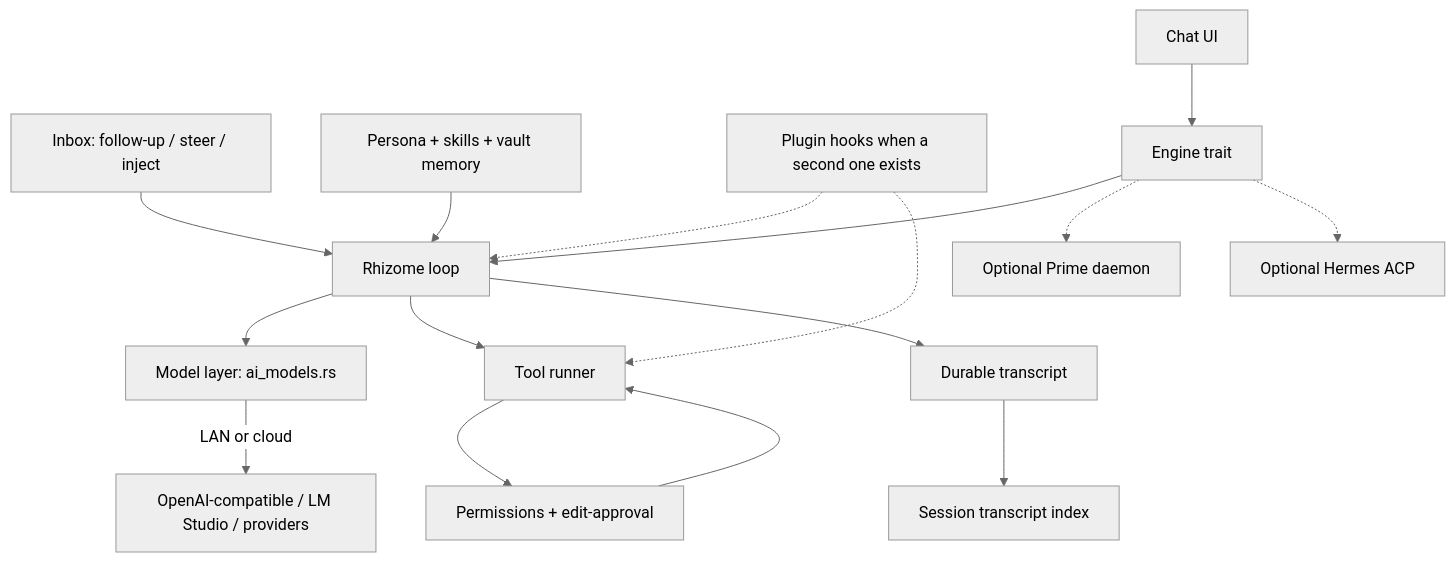
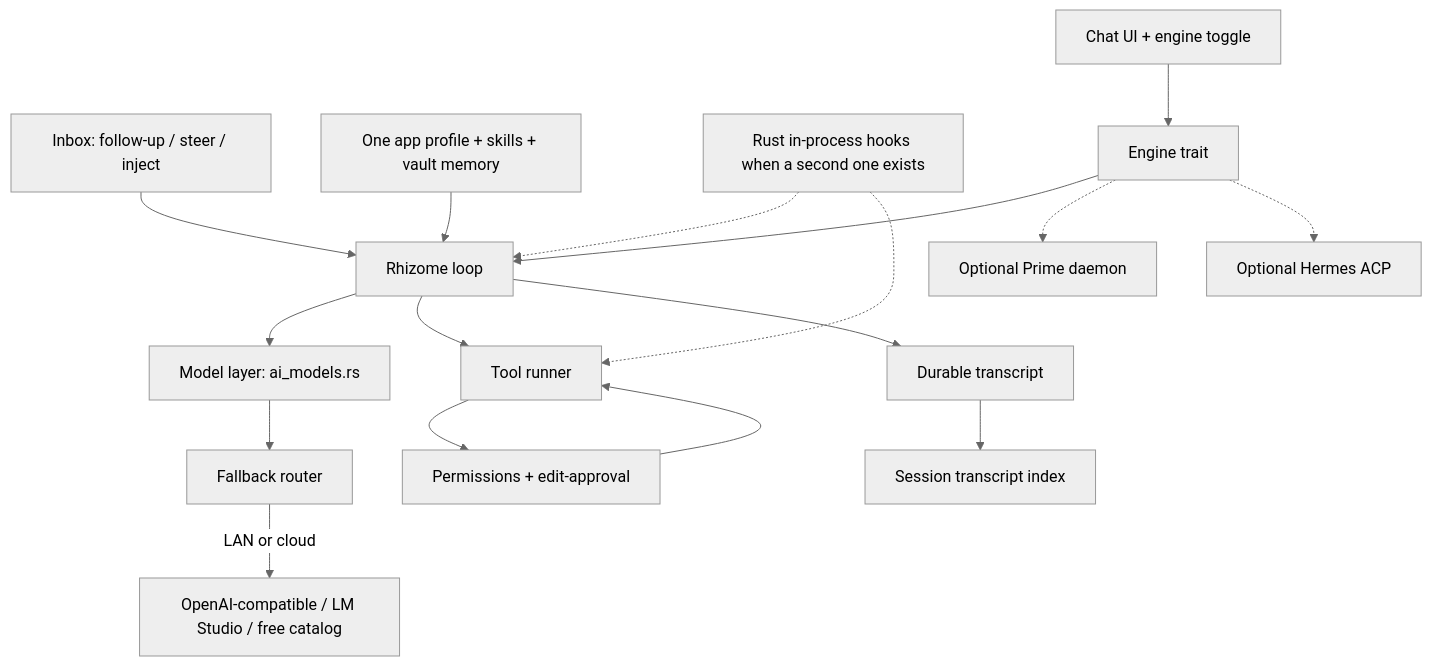
The diagram in docs/plans/2026-10-09-rhizome-harness-plan.md (tuckcode/rhizome-agent), drawn with Mermaid (neutral theme) before and after one commit. The commit also changed other lines of this file and 1 other file, not shown here.

````diff
--- a/docs/plans/2026-10-09-rhizome-harness-plan.md
+++ b/docs/plans/2026-10-09-rhizome-harness-plan.md
@@ -47,18 +51,19 @@
 ```mermaid
 flowchart TD
   inbox[Inbox: follow-up / steer / inject] --> turn[Rhizome loop]
-  persona[Persona + skills + vault memory] --> turn
+  persona[One app profile + skills + vault memory] --> turn
   turn --> model[Model layer: ai_models.rs]
-  model -->|LAN or cloud| llm[OpenAI-compatible / LM Studio / providers]
+  model --> route[Fallback router]
+  route -->|LAN or cloud| llm[OpenAI-compatible / LM Studio / free catalog]
   turn --> tools[Tool runner]
   tools --> policy[Permissions + edit-approval]
   policy --> tools
   turn --> log[Durable transcript]
   log --> index[Session transcript index]
-  plugin[Plugin hooks when a second one exists] -.-> turn
+  plugin[Rust in-process hooks when a second one exists] -.-> turn
   plugin -.-> tools
-  chat[Chat UI] --> engine[Engine trait]
+  chat[Chat UI + engine toggle] --> engine[Engine trait]
   engine --> turn
   engine -.-> prime[Optional Prime daemon]
   engine -.-> hermes[Optional Hermes ACP]
 ```
````
